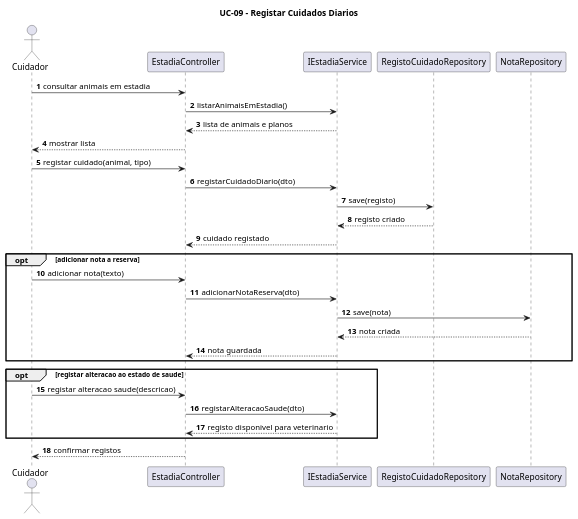
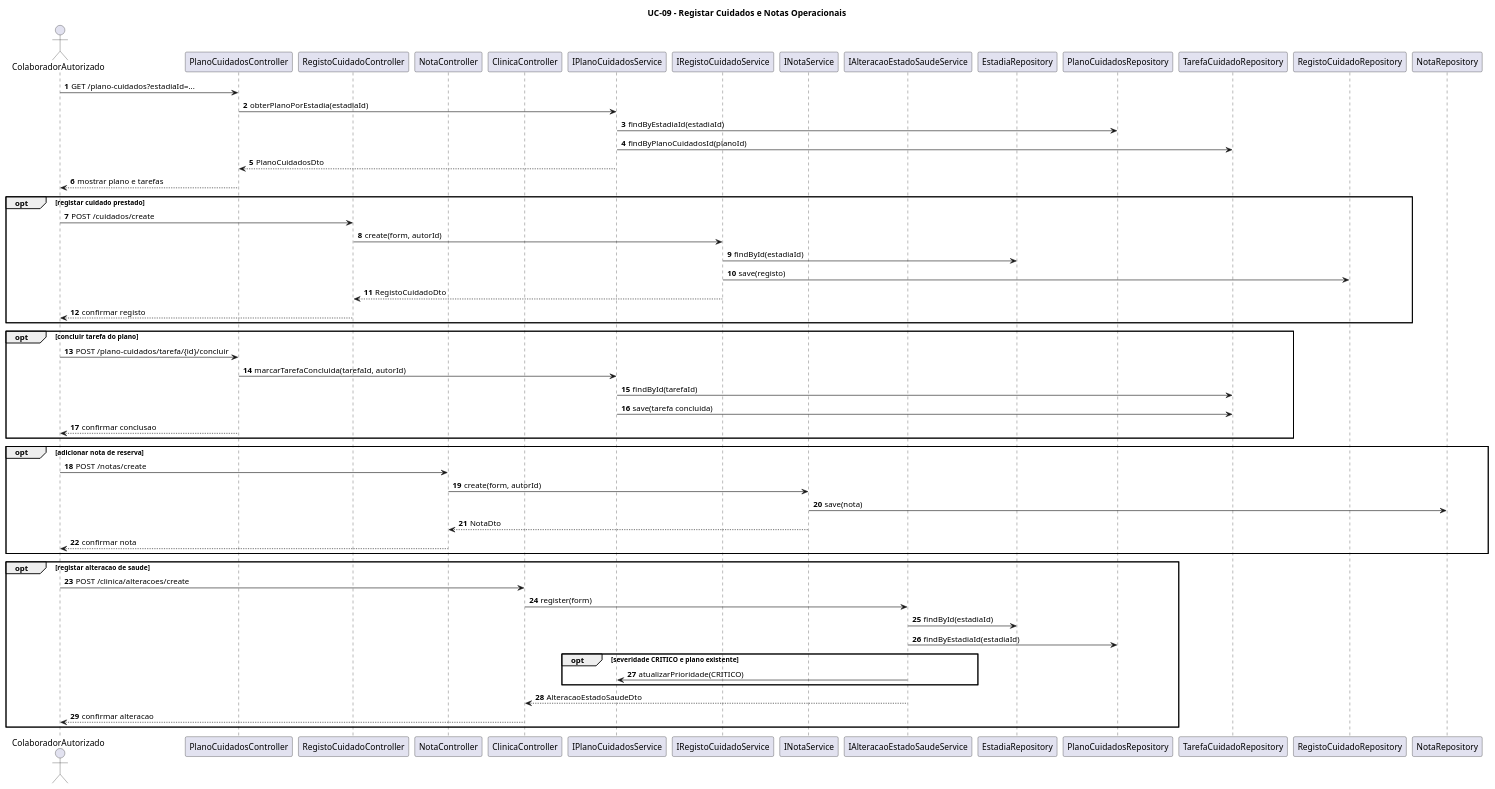
The diagram in docs/Etapa2/03-seq-diagrams/UC-09.puml (beatriz0freitas/LI4-G08), drawn with PlantUML before and after one commit. The commit also changed 50 other files, not shown here.

Commit message:
fix: adaptacao e melhroia de use case, diagramas de sequencia e requsiitos

```diff
--- a/docs/Etapa2/03-seq-diagrams/UC-09.puml
+++ b/docs/Etapa2/03-seq-diagrams/UC-09.puml
@@ -1,38 +1,64 @@
 @startuml UC-09
-title UC-09 - Registar Cuidados Diarios
+title UC-09 - Registar Cuidados e Notas Operacionais
 
 autonumber
-actor Cuidador
-participant EstadiaController
-participant IEstadiaService
+actor ColaboradorAutorizado
+participant PlanoCuidadosController
+participant RegistoCuidadoController
+participant NotaController
+participant ClinicaController
+participant IPlanoCuidadosService
+participant IRegistoCuidadoService
+participant INotaService
+participant IAlteracaoEstadoSaudeService
+participant EstadiaRepository
+participant PlanoCuidadosRepository
+participant TarefaCuidadoRepository
 participant RegistoCuidadoRepository
 participant NotaRepository
 
-Cuidador -> EstadiaController : consultar animais em estadia
-EstadiaController -> IEstadiaService : listarAnimaisEmEstadia()
-IEstadiaService --> EstadiaController : lista de animais e planos
-EstadiaController --> Cuidador : mostrar lista
+ColaboradorAutorizado -> PlanoCuidadosController : GET /plano-cuidados?estadiaId=...
+PlanoCuidadosController -> IPlanoCuidadosService : obterPlanoPorEstadia(estadiaId)
+IPlanoCuidadosService -> PlanoCuidadosRepository : findByEstadiaId(estadiaId)
+IPlanoCuidadosService -> TarefaCuidadoRepository : findByPlanoCuidadosId(planoId)
+IPlanoCuidadosService --> PlanoCuidadosController : PlanoCuidadosDto
+PlanoCuidadosController --> ColaboradorAutorizado : mostrar plano e tarefas
 
-Cuidador -> EstadiaController : registar cuidado(animal, tipo)
-EstadiaController -> IEstadiaService : registarCuidadoDiario(dto)
-IEstadiaService -> RegistoCuidadoRepository : save(registo)
-RegistoCuidadoRepository --> IEstadiaService : registo criado
-IEstadiaService --> EstadiaController : cuidado registado
-
-opt adicionar nota a reserva
-  Cuidador -> EstadiaController : adicionar nota(texto)
-  EstadiaController -> IEstadiaService : adicionarNotaReserva(dto)
-  IEstadiaService -> NotaRepository : save(nota)
-  NotaRepository --> IEstadiaService : nota criada
-  IEstadiaService --> EstadiaController : nota guardada
+opt registar cuidado prestado
+  ColaboradorAutorizado -> RegistoCuidadoController : POST /cuidados/create
+  RegistoCuidadoController -> IRegistoCuidadoService : create(form, autorId)
+  IRegistoCuidadoService -> EstadiaRepository : findById(estadiaId)
+  IRegistoCuidadoService -> RegistoCuidadoRepository : save(registo)
+  IRegistoCuidadoService --> RegistoCuidadoController : RegistoCuidadoDto
+  RegistoCuidadoController --> ColaboradorAutorizado : confirmar registo
 end
 
-opt registar alteracao ao estado de saude
-  Cuidador -> EstadiaController : registar alteracao saude(descricao)
-  EstadiaController -> IEstadiaService : registarAlteracaoSaude(dto)
-  IEstadiaService --> EstadiaController : registo disponivel para veterinario
+opt concluir tarefa do plano
+  ColaboradorAutorizado -> PlanoCuidadosController : POST /plano-cuidados/tarefa/{id}/concluir
+  PlanoCuidadosController -> IPlanoCuidadosService : marcarTarefaConcluida(tarefaId, autorId)
+  IPlanoCuidadosService -> TarefaCuidadoRepository : findById(tarefaId)
+  IPlanoCuidadosService -> TarefaCuidadoRepository : save(tarefa concluida)
+  PlanoCuidadosController --> ColaboradorAutorizado : confirmar conclusao
 end
 
-EstadiaController --> Cuidador : confirmar registos
+opt adicionar nota de reserva
+  ColaboradorAutorizado -> NotaController : POST /notas/create
+  NotaController -> INotaService : create(form, autorId)
+  INotaService -> NotaRepository : save(nota)
+  INotaService --> NotaController : NotaDto
+  NotaController --> ColaboradorAutorizado : confirmar nota
+end
+
+opt registar alteracao de saude
+  ColaboradorAutorizado -> ClinicaController : POST /clinica/alteracoes/create
+  ClinicaController -> IAlteracaoEstadoSaudeService : register(form)
+  IAlteracaoEstadoSaudeService -> EstadiaRepository : findById(estadiaId)
+  IAlteracaoEstadoSaudeService -> PlanoCuidadosRepository : findByEstadiaId(estadiaId)
+  opt severidade CRITICO e plano existente
+    IAlteracaoEstadoSaudeService -> IPlanoCuidadosService : atualizarPrioridade(CRITICO)
+  end
+  IAlteracaoEstadoSaudeService --> ClinicaController : AlteracaoEstadoSaudeDto
+  ClinicaController --> ColaboradorAutorizado : confirmar alteracao
+end
 
 @enduml
```
